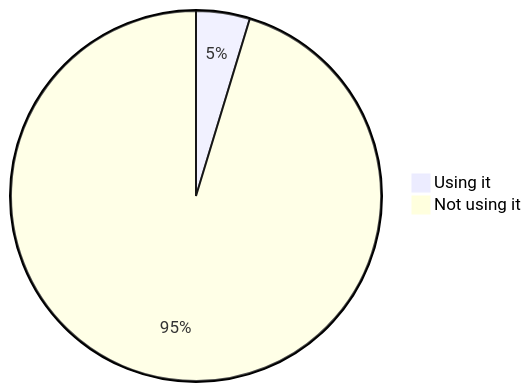
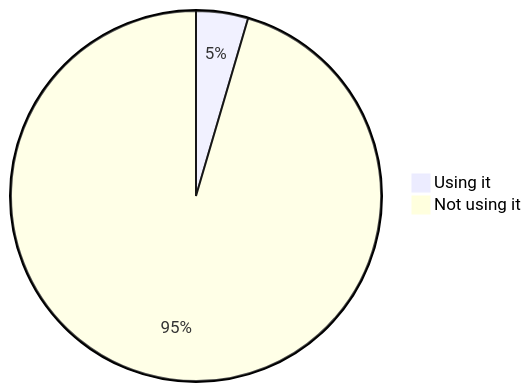
Before and after one commit to oshp/oshp-stats: diagram 11 of 22 in stats.md, drawn with Mermaid. The commit also changed other lines of this file, not shown here.

````diff
--- a/stats.md
+++ b/stats.md
@@ -130,6 +130,6 @@
 ```mermaid
 pie
-	"Using it" : 4.69
-	"Not using it" : 95.31
+	"Using it" : 4.54
+	"Not using it" : 95.46
 
 ```
````
